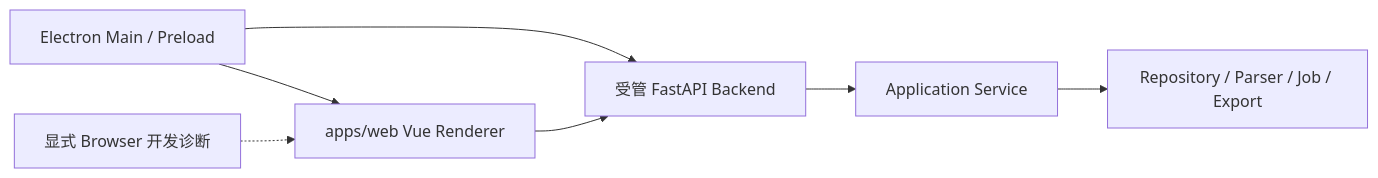
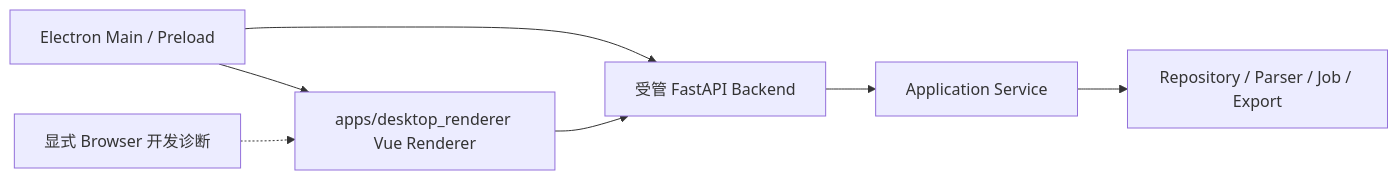
The diagram in docs/WEB_ARCHITECTURE.md (wxj183589/NetConsole), drawn with Mermaid before and after one commit. The commit also changed other lines of this file and 677 other files, not shown here.

Commit message:
重构：收敛为 Electron Desktop Only [thread:019fecad-efbe-76f3-9774-d0efc564292b]

````diff
--- a/docs/WEB_ARCHITECTURE.md
+++ b/docs/WEB_ARCHITECTURE.md
@@ -7,9 +7,9 @@
 ```mermaid
 flowchart LR
-    E["Electron Main / Preload"] --> V["apps/web Vue Renderer"]
+    E["Electron Main / Preload"] --> V["apps/desktop_renderer Vue Renderer"]
     E --> B["受管 FastAPI Backend"]
     V --> B
     DEV["显式 Browser 开发诊断"] -.-> V
     B --> A["Application Service"]
     A --> R["Repository / Parser / Job / Export"]
 ```
````
